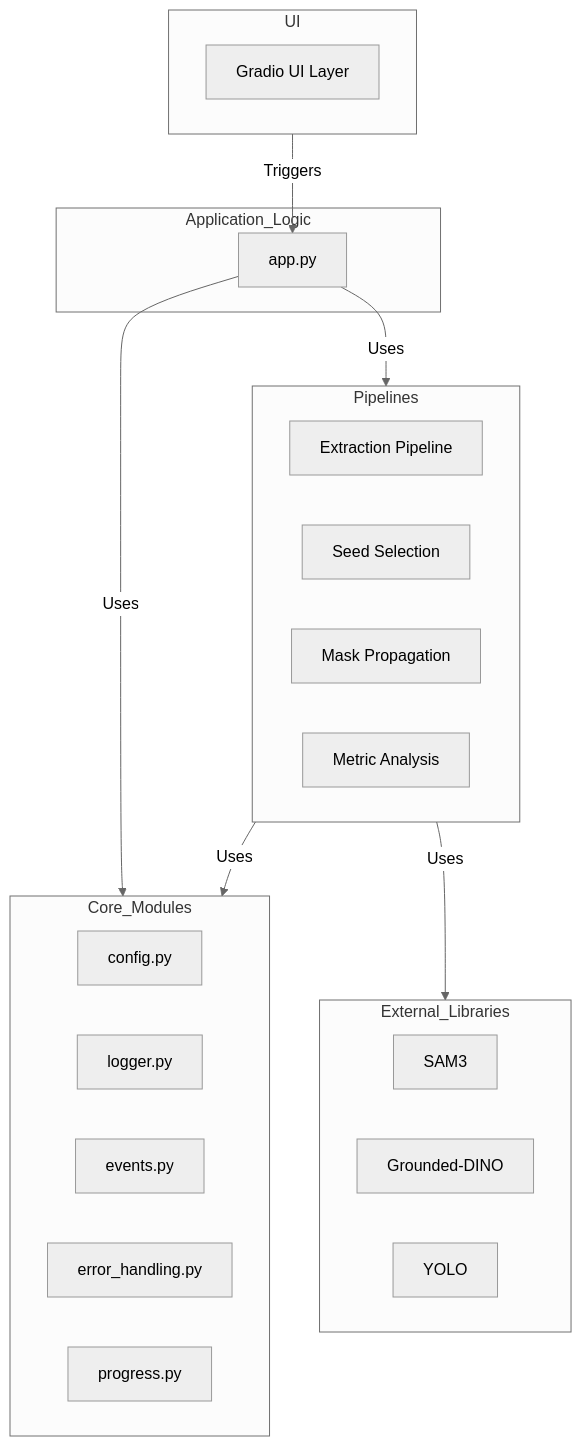
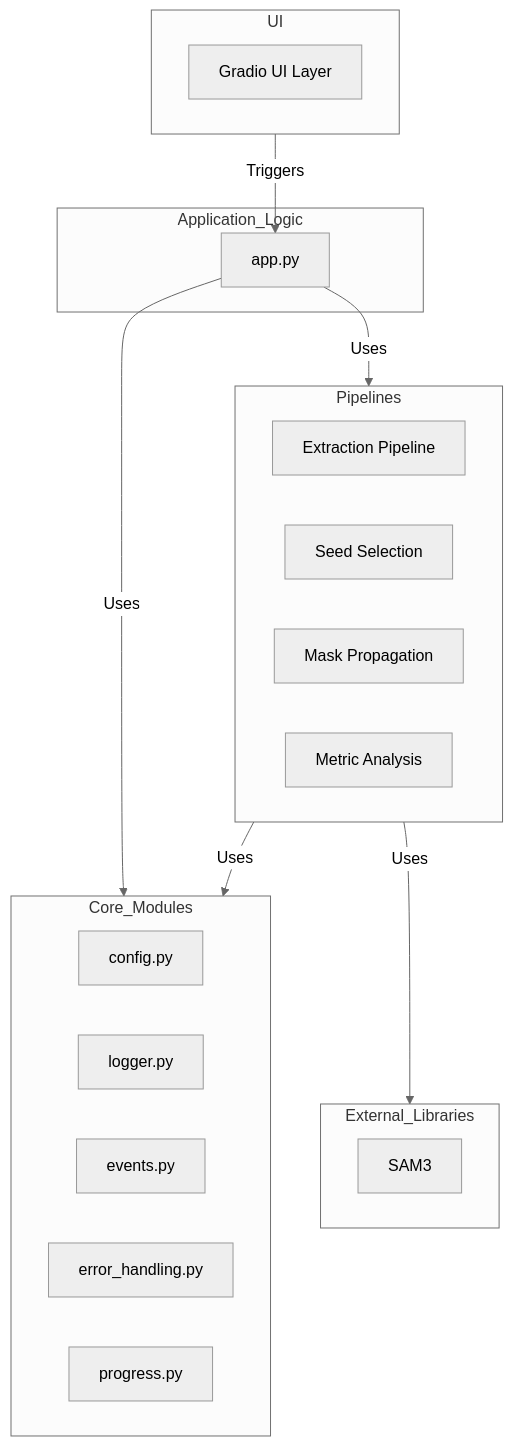
The diagram in TECHNICAL_DOCUMENTATION.md (tazztone/subject-frame-extractor), drawn with Mermaid (neutral theme) before and after one commit. The commit also changed other lines of this file and 6 other files, not shown here.

First line of the commit message:
Refactor: Replace GroundingDINO and YOLO with SAM3

````diff
--- a/TECHNICAL_DOCUMENTATION.md
+++ b/TECHNICAL_DOCUMENTATION.md
@@ -13,37 +13,35 @@
 ```mermaid
 graph TD
     subgraph UI
         Gradio[Gradio UI Layer]
     end
 
     subgraph Application_Logic
         App[app.py]
     end
 
     subgraph Core_Modules
         Config[config.py]
         Logger[logger.py]
         Events[events.py]
         ErrorHandling[error_handling.py]
         Progress[progress.py]
     end
 
     subgraph Pipelines
         Extraction[Extraction Pipeline]
         Seeding[Seed Selection]
         Propagation[Mask Propagation]
         Analysis[Metric Analysis]
     end
 
     subgraph External_Libraries
         SAM3[SAM3]
-        GroundedDINO[Grounded-DINO]
-        YOLO[YOLO]
     end
 
     UI -->|Triggers| App
     App -->|Uses| Pipelines
     App -->|Uses| Core_Modules
     Pipelines -->|Uses| Core_Modules
     Pipelines -->|Uses| External_Libraries
 ```
````
